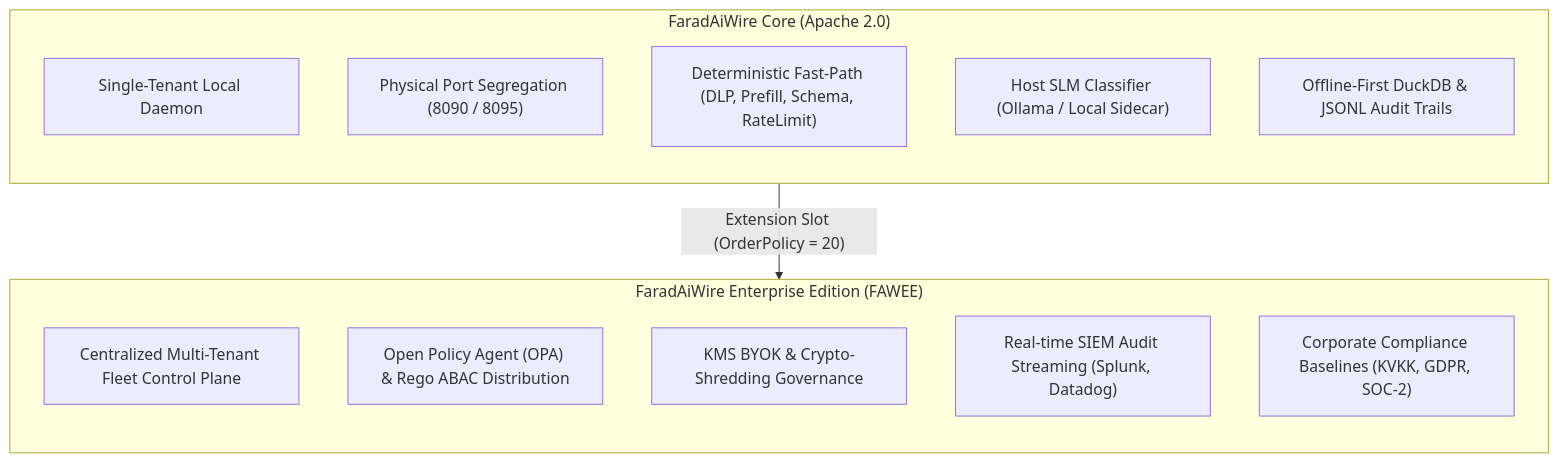
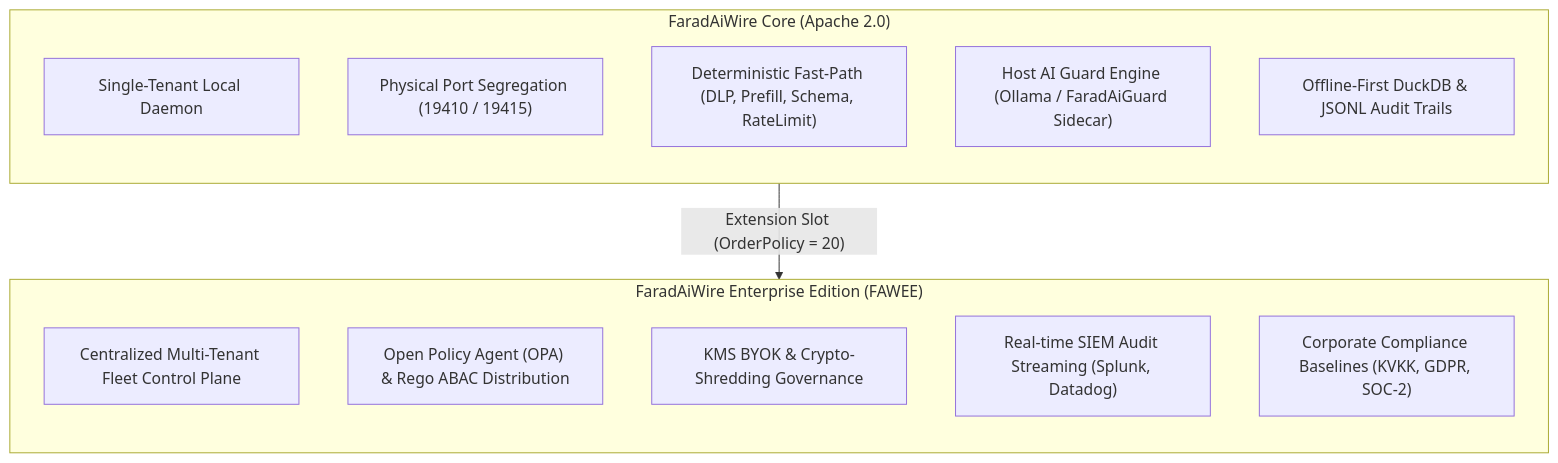
One commit to FaradAiLab/FaradAiWire changed the diagram in docs/02-architecture/open-core-model.md. Above: the diagram before and after it, drawn with Mermaid. The commit also changed other lines of this file and 72 other files, not shown here.

Commit message:
refactor: rename SLM references and endpoints to AI Guard across codebase and docs

````diff
--- a/docs/02-architecture/open-core-model.md
+++ b/docs/02-architecture/open-core-model.md
@@ -10,22 +10,22 @@
 ```mermaid
 graph TD
     subgraph OpenCore ["FaradAiWire Core (Apache 2.0)"]
         direction TB
         C1["Single-Tenant Local Daemon"]
-        C2["Physical Port Segregation (8090 / 8095)"]
+        C2["Physical Port Segregation (19410 / 19415)"]
         C3["Deterministic Fast-Path (DLP, Prefill, Schema, RateLimit)"]
-        C4["Host SLM Classifier (Ollama / Local Sidecar)"]
+        C4["Host AI Guard Engine (Ollama / FaradAiGuard Sidecar)"]
         C5["Offline-First DuckDB & JSONL Audit Trails"]
     end
 
     subgraph Enterprise ["FaradAiWire Enterprise Edition (FAWEE)"]
         direction TB
         E1["Centralized Multi-Tenant Fleet Control Plane"]
         E2["Open Policy Agent (OPA) & Rego ABAC Distribution"]
         E3["KMS BYOK & Crypto-Shredding Governance"]
         E4["Real-time SIEM Audit Streaming (Splunk, Datadog)"]
         E5["Corporate Compliance Baselines (KVKK, GDPR, SOC-2)"]
     end
 
     OpenCore -->|"Extension Slot (OrderPolicy = 20)"| Enterprise
 ```
````
